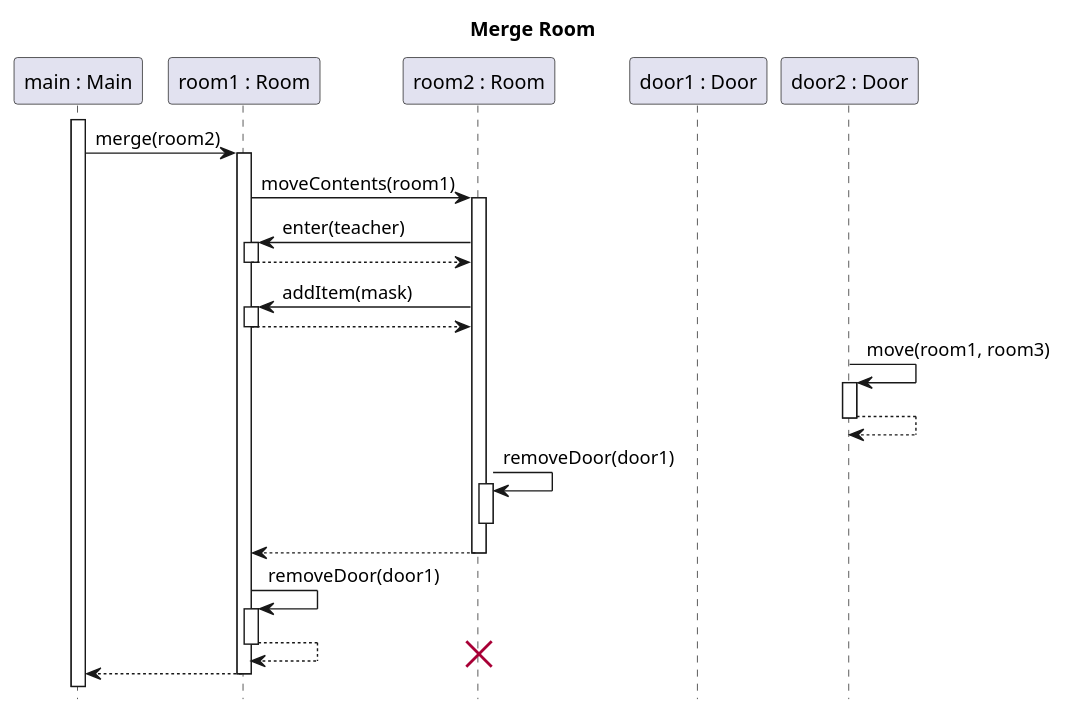
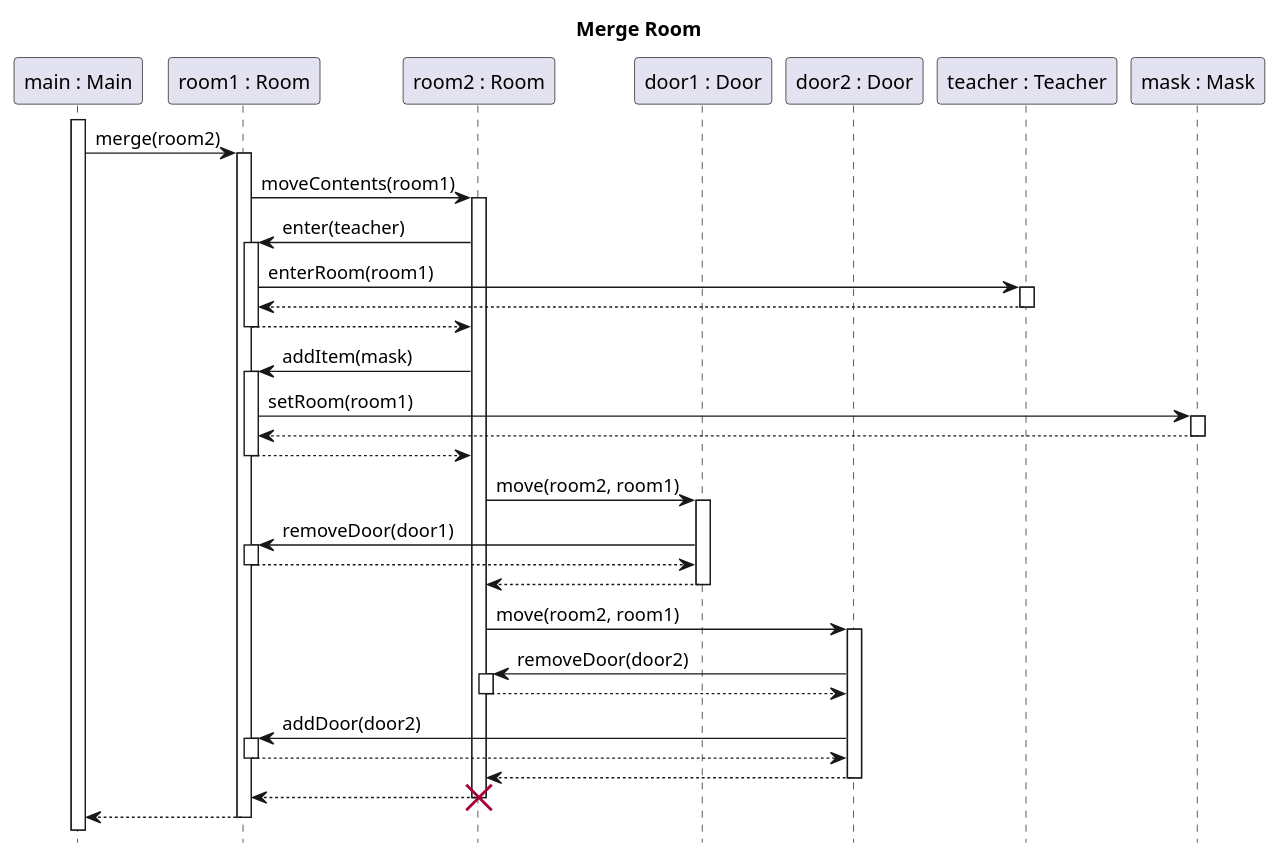
One commit to sn4k3ch4rm3r/logarlec changed the diagram in docs/diagrams/test-sequence/room-merge.puml. Above: the diagram before and after it, drawn with PlantUML. The commit also changed 11 other files, not shown here.

Commit message:
Fixed mistakes in test sequences

```diff
--- a/docs/diagrams/test-sequence/room-merge.puml
+++ b/docs/diagrams/test-sequence/room-merge.puml
@@ -1,30 +1,39 @@
 @startuml room-merge
 title Merge Room
 hide footbox
 skinparam SequenceReferenceBackgroundColor white
 
 participant "main : Main" as main
 participant "room1 : Room" as r1
 participant "room2 : Room" as r2
 participant "door1 : Door" as door1
 participant "door2 : Door" as door2
+participant "teacher : Teacher" as teacher
+participant "mask : Mask" as mask
 
 main++
 main-> r1 ++: merge(room2)
     r1 -> r2 ++: moveContents(room1)
         r2 -> r1 ++ : enter(teacher)
+            r1 -> teacher ++: enterRoom(room1)
+            return
         return
     
         r2 -> r1 ++ : addItem(mask)
+            r1 -> mask ++: setRoom(room1)
+            return
         return
-
-        door2 -> door2 ++: move(room1, room3)
+        r2 -> door1 ++: move(room2, room1)
+            door1 -> r1 ++: removeDoor(door1)
+            return
         return
-        r2 -> r2 ++ : removeDoor(door1)
-        deactivate
+        r2 -> door2 ++: move(room2, room1)
+            door2 -> r2 ++: removeDoor(door2)
+            return
+            door2 -> r1 ++: addDoor(door2)
+            return
+        return
     return
-    r1 -> r1 ++: removeDoor(door1)
-    return
-destroy r2
+    destroy r2
 return
 @enduml
```
